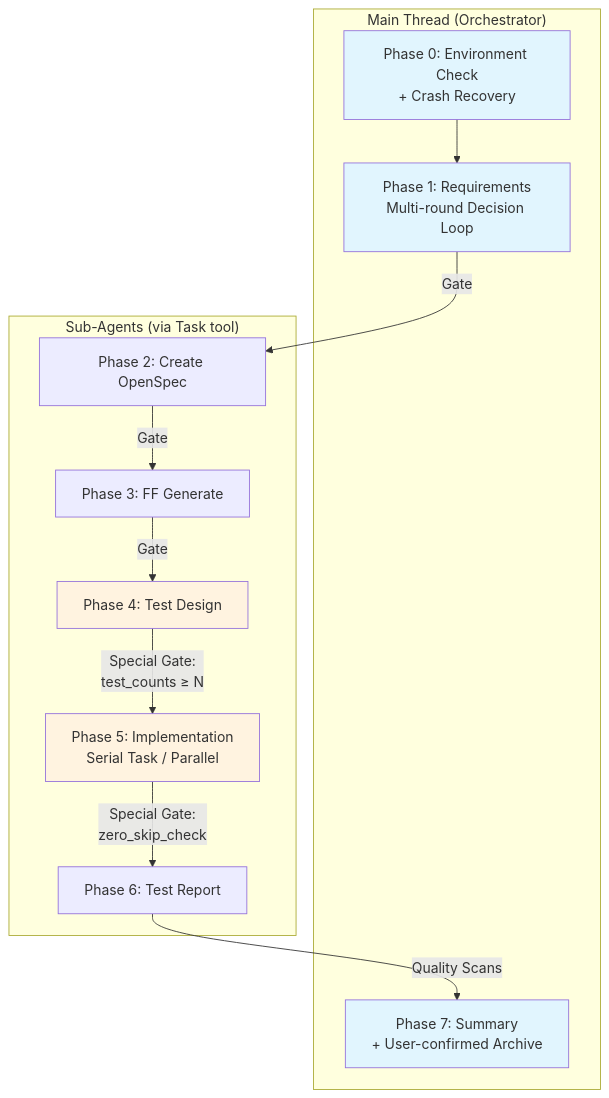
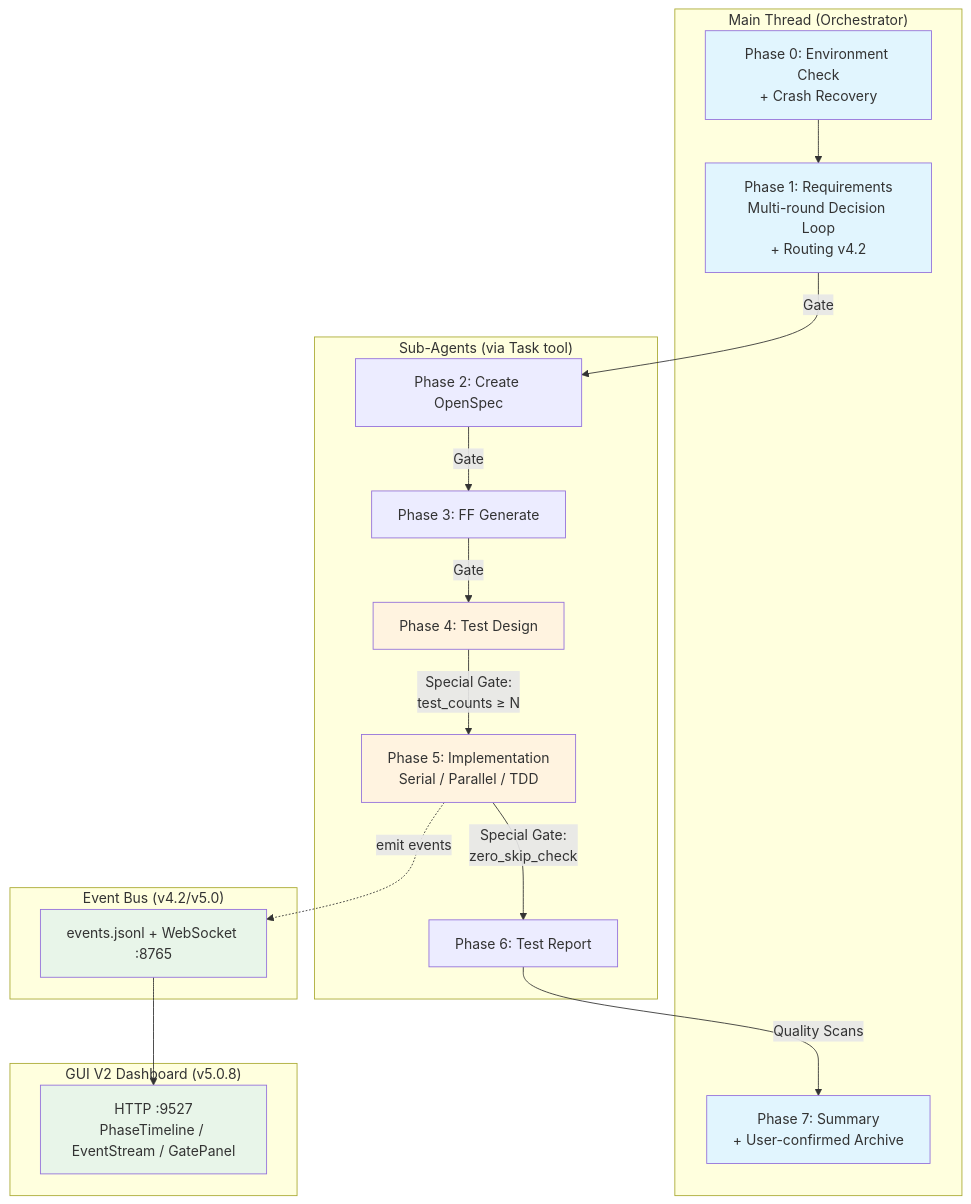
The first of 4 diagrams in plugins/spec-autopilot/README.md (lorainwings/claude-autopilot), drawn with Mermaid before and after one commit. The commit also changed other lines of this file and 12 other files, not shown here.

````diff
--- a/plugins/spec-autopilot/README.md
+++ b/plugins/spec-autopilot/README.md
@@ -27,30 +33,42 @@
 ```mermaid
 graph TB
     subgraph "Main Thread (Orchestrator)"
         P0[Phase 0: Environment Check<br/>+ Crash Recovery]
-        P1[Phase 1: Requirements<br/>Multi-round Decision Loop]
+        P1[Phase 1: Requirements<br/>Multi-round Decision Loop<br/>+ Routing v4.2]
         P7[Phase 7: Summary<br/>+ User-confirmed Archive]
     end
 
     subgraph "Sub-Agents (via Task tool)"
         P2[Phase 2: Create OpenSpec]
         P3[Phase 3: FF Generate]
         P4[Phase 4: Test Design]
-        P5[Phase 5: Implementation<br/>Serial Task / Parallel]
+        P5[Phase 5: Implementation<br/>Serial / Parallel / TDD]
         P6[Phase 6: Test Report]
+    end
+
+    subgraph "Event Bus (v4.2/v5.0)"
+        EB[events.jsonl + WebSocket :8765]
+    end
+
+    subgraph "GUI V2 Dashboard (v5.0.8)"
+        GUI[HTTP :9527<br/>PhaseTimeline / EventStream / GatePanel]
     end
 
     P0 --> P1
     P1 -->|Gate| P2
     P2 -->|Gate| P3
     P3 -->|Gate| P4
     P4 -->|Special Gate:<br/>test_counts ≥ N| P5
     P5 -->|Special Gate:<br/>zero_skip_check| P6
     P6 -->|Quality Scans| P7
+    P5 -.->|emit events| EB
+    EB --> GUI
 
     style P0 fill:#e1f5fe
     style P1 fill:#e1f5fe
     style P7 fill:#e1f5fe
     style P4 fill:#fff3e0
     style P5 fill:#fff3e0
+    style EB fill:#e8f5e9
+    style GUI fill:#e8f5e9
 ```
````
